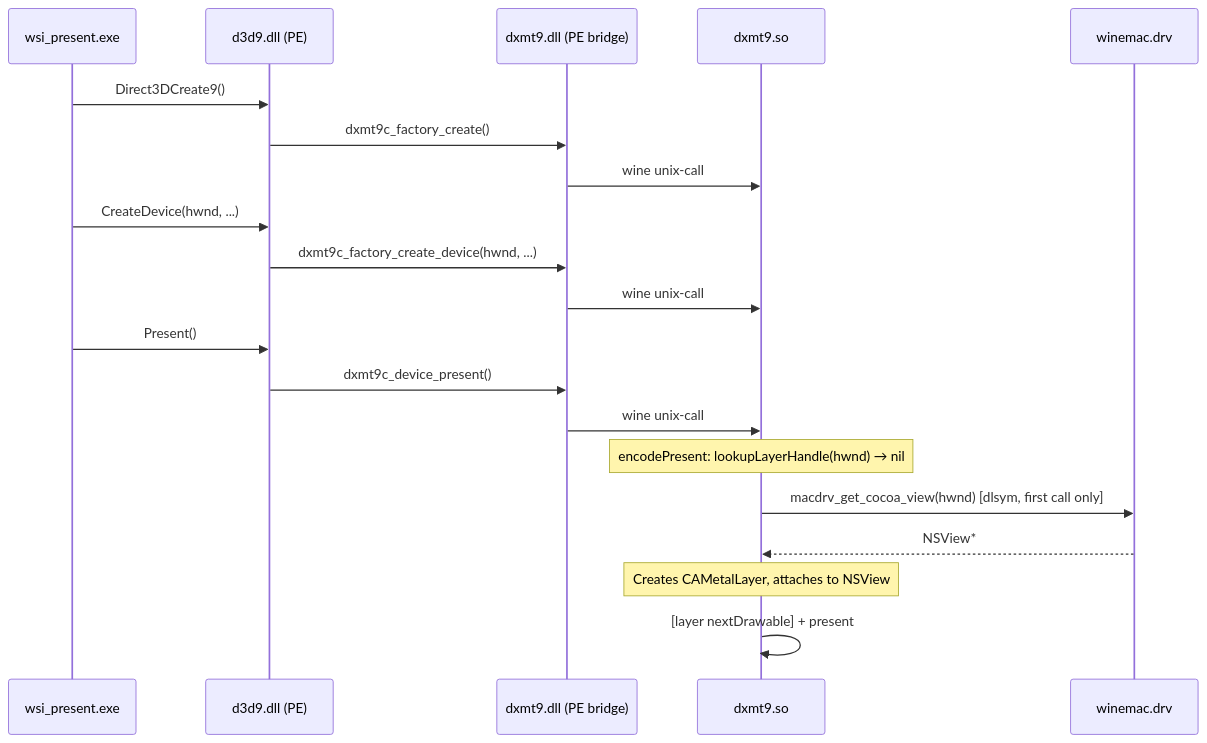
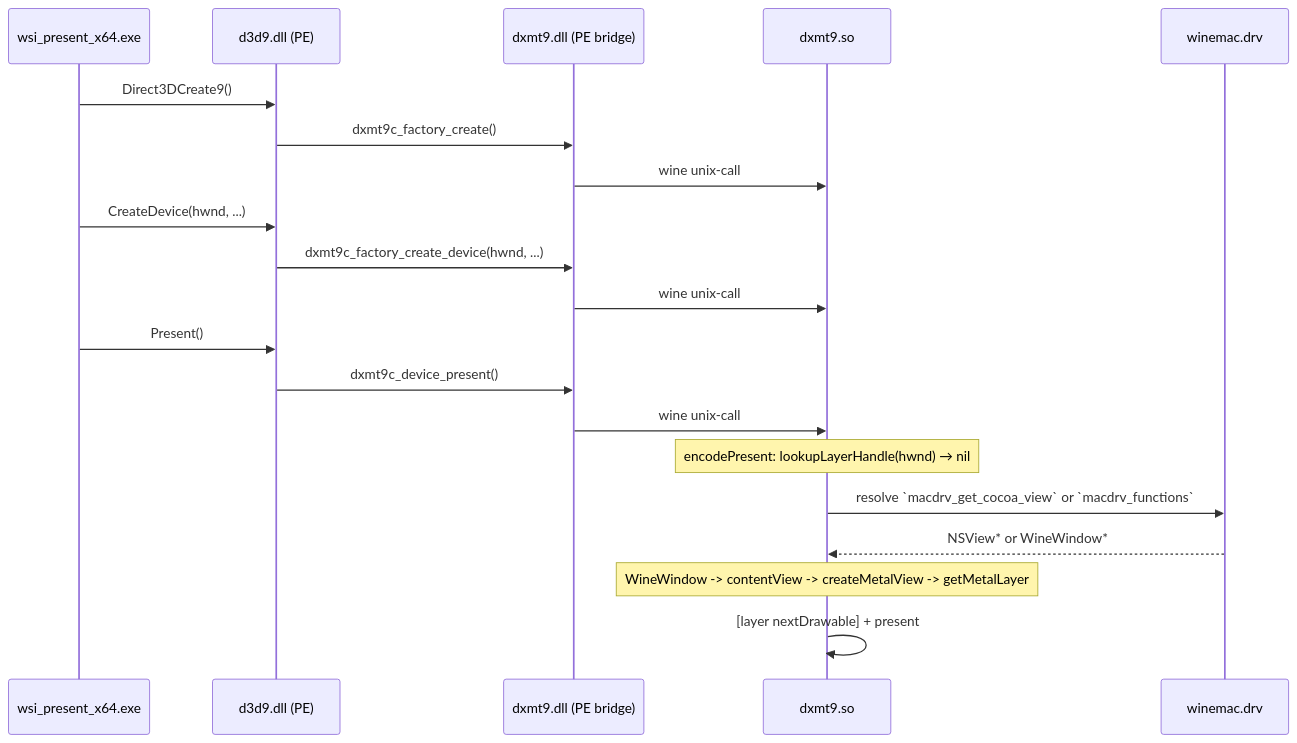
Before and after one commit to dfdgsdfg/dxmt9: the third of 3 diagrams in specs/tests/design.md, drawn with Mermaid. The commit also changed other lines of this file and 15 other files, not shown here.

````diff
--- a/specs/tests/design.md
+++ b/specs/tests/design.md
@@ -218,23 +218,23 @@
 ```mermaid
 sequenceDiagram
-    participant App as wsi_present.exe
+    participant App as wsi_present_x64.exe
     participant D3D as d3d9.dll (PE)
     participant Bridge as dxmt9.dll (PE bridge)
     participant Unix as dxmt9.so
     participant Wine as winemac.drv
 
     App->>D3D: Direct3DCreate9()
     D3D->>Bridge: dxmt9c_factory_create()
     Bridge->>Unix: wine unix-call
     App->>D3D: CreateDevice(hwnd, ...)
     D3D->>Bridge: dxmt9c_factory_create_device(hwnd, ...)
     Bridge->>Unix: wine unix-call
     App->>D3D: Present()
     D3D->>Bridge: dxmt9c_device_present()
     Bridge->>Unix: wine unix-call
     Note over Unix: encodePresent: lookupLayerHandle(hwnd) → nil
-    Unix->>Wine: macdrv_get_cocoa_view(hwnd) [dlsym, first call only]
-    Wine-->>Unix: NSView*
-    Note over Unix: Creates CAMetalLayer, attaches to NSView
+    Unix->>Wine: resolve `macdrv_get_cocoa_view` or `macdrv_functions`
+    Wine-->>Unix: NSView* or WineWindow*
+    Note over Unix: WineWindow -> contentView -> createMetalView -> getMetalLayer
     Unix->>Unix: [layer nextDrawable] + present
 ```
````
